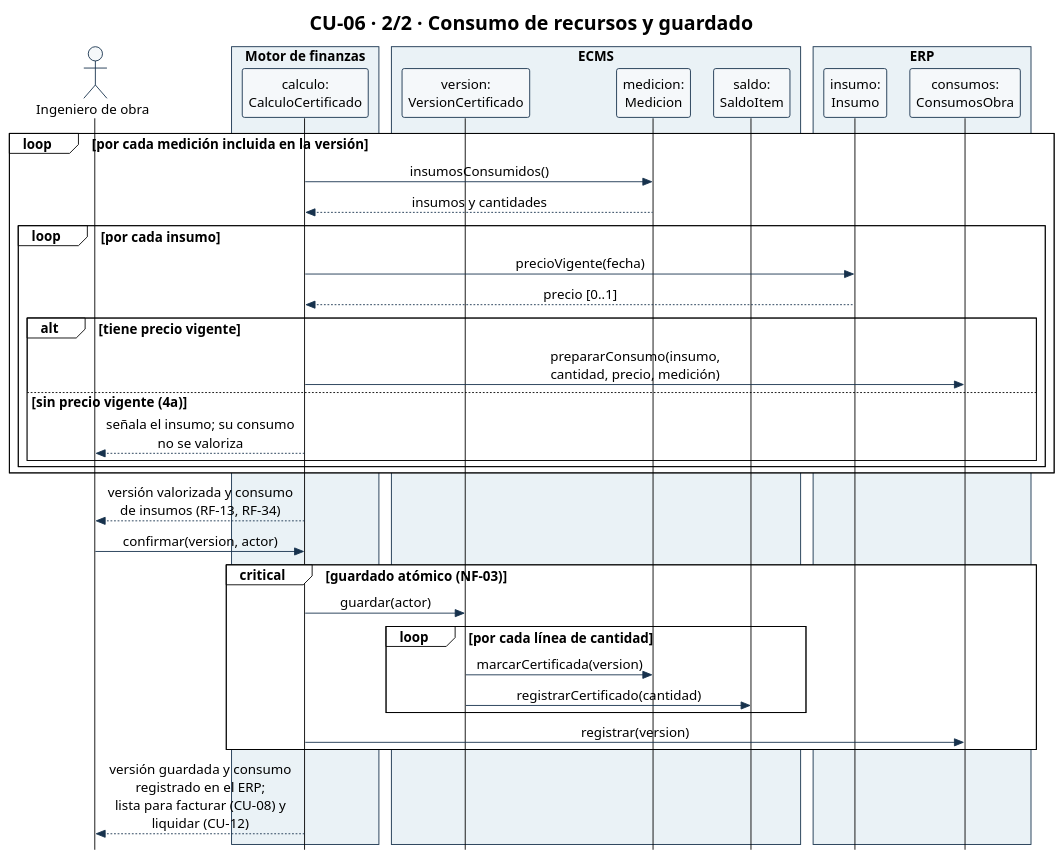
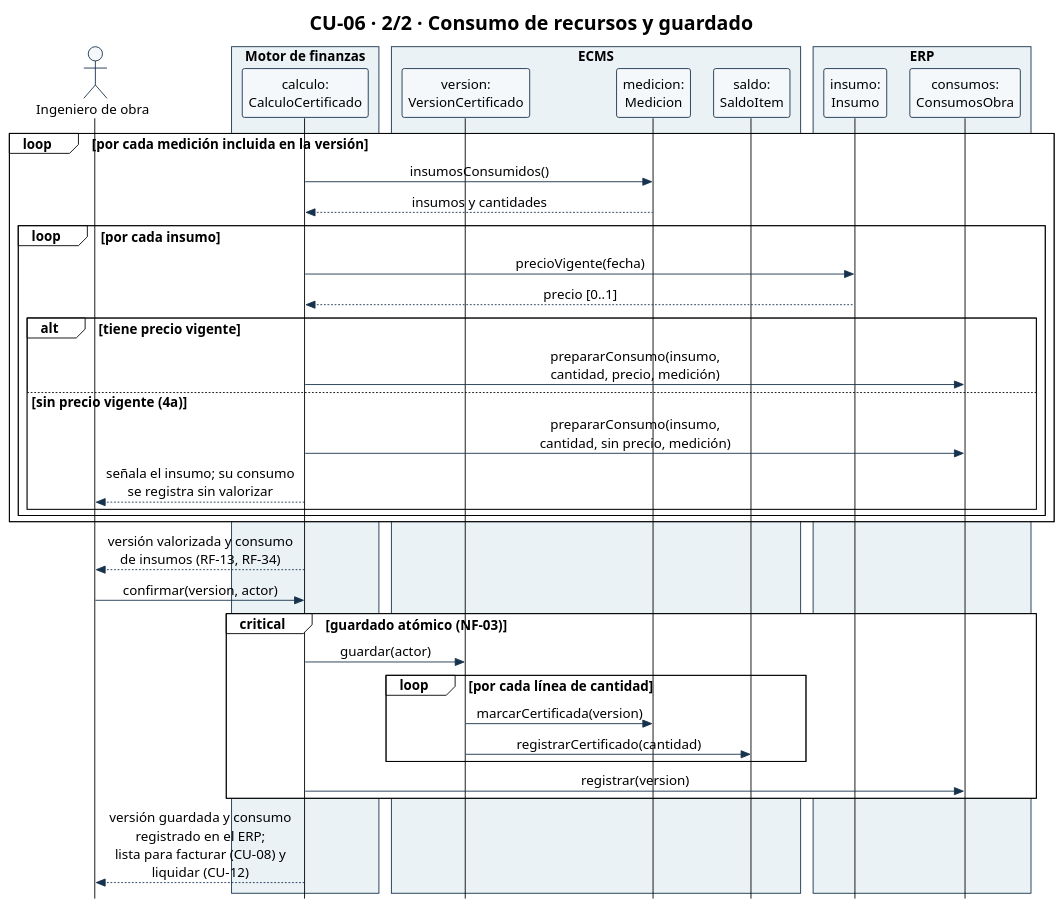
The diagram in diagramas/CU-06-secuencia-2-consumo.puml (Ssrrb/tpf-uca), drawn with PlantUML before and after one commit. The commit also changed 4 other files, not shown here.

First line of the commit message:
CU-04 y CU-06: anular solo antes de incluir y registrar consumo sin precio

```diff
--- a/diagramas/CU-06-secuencia-2-consumo.puml
+++ b/diagramas/CU-06-secuencia-2-consumo.puml
@@ -1,62 +1,63 @@
 @startuml
 !theme plain
 skinparam style strictuml
 skinparam shadowing false
 skinparam defaultFontName Arial
 skinparam defaultFontSize 15
 skinparam sequenceMessageAlign center
 skinparam maxMessageSize 220
 skinparam ParticipantPadding 8
 skinparam BoxPadding 6
 skinparam ParticipantBackgroundColor #F5F8FA
 skinparam ParticipantBorderColor #17324D
 skinparam ActorBorderColor #17324D
 skinparam ActorBackgroundColor #F5F8FA
 skinparam ArrowColor #17324D
 skinparam SequenceBoxBorderColor #17324D
 skinparam note {
   BackgroundColor #FFFFFF
   BorderColor #17324D
 }
 hide footbox
 title CU-06 · 2/2 · Consumo de recursos y guardado
 actor "Ingeniero de obra" as Ing
 box "Motor de finanzas" #EAF2F6
 participant "calculo:\nCalculoCertificado" as Calc
 end box
 box "ECMS" #EAF2F6
 participant "version:\nVersionCertificado" as V
 participant "medicion:\nMedicion" as Med
 participant "saldo:\nSaldoItem" as Saldo
 end box
 box "ERP" #EAF2F6
 participant "insumo:\nInsumo" as Ins
 participant "consumos:\nConsumosObra" as Cons
 end box
 
 loop por cada medición incluida en la versión
   Calc -> Med: insumosConsumidos()
   Med --> Calc: insumos y cantidades
   loop por cada insumo
     Calc -> Ins: precioVigente(fecha)
     Ins --> Calc: precio [0..1]
     alt tiene precio vigente
       Calc -> Cons: prepararConsumo(insumo, cantidad, precio, medición)
     else sin precio vigente (4a)
-      Calc --> Ing: señala el insumo; su consumo no se valoriza
+      Calc -> Cons: prepararConsumo(insumo, cantidad, sin precio, medición)
+      Calc --> Ing: señala el insumo; su consumo se registra sin valorizar
     end
   end
 end
 Calc --> Ing: versión valorizada y consumo de insumos (RF-13, RF-34)
 
 Ing -> Calc: confirmar(version, actor)
 critical guardado atómico (NF-03)
   Calc -> V: guardar(actor)
   loop por cada línea de cantidad
     V -> Med: marcarCertificada(version)
     V -> Saldo: registrarCertificado(cantidad)
   end
   Calc -> Cons: registrar(version)
 end
 Calc --> Ing: versión guardada y consumo registrado en el ERP;\nlista para facturar (CU-08) y liquidar (CU-12)
 @enduml
```
